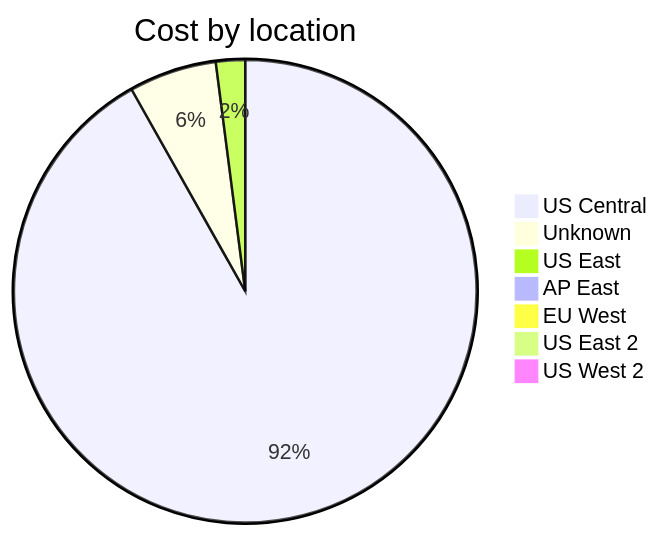
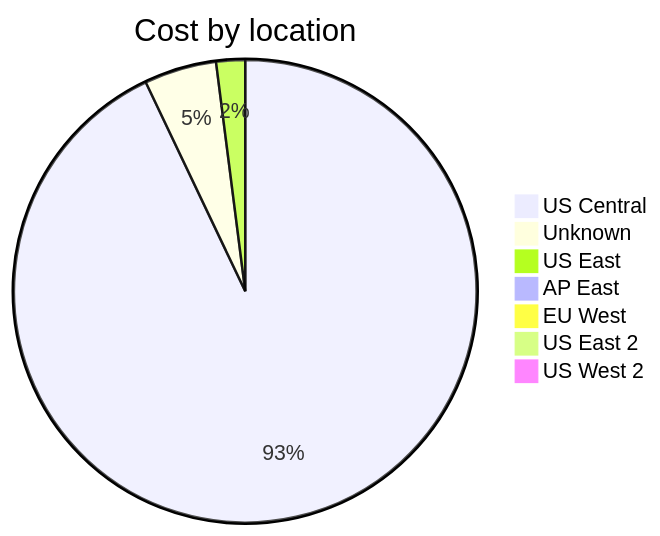
Before and after one commit to jpfulton/azure-personal-reports: the third of 4 diagrams in cost-reports/accumulated-cost.md, drawn with Mermaid. The commit also changed other lines of this file and 4 other files, not shown here.

````diff
--- a/cost-reports/accumulated-cost.md
+++ b/cost-reports/accumulated-cost.md
@@ -117,11 +119,11 @@
 ```mermaid
 pie
    title Cost by location
-   "US Central" : 0.45
-   "Unknown" : 0.03
-   "US East" : 0.01
+   "US Central" : 0.92
+   "Unknown" : 0.05
+   "US East" : 0.02
    "AP East" : 0.00
    "EU West" : 0.00
    "US East 2" : 0.00
    "US West 2" : 0.00
 ```
````
